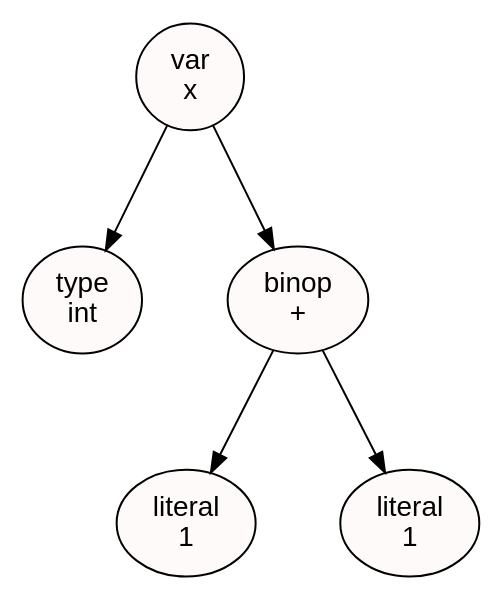
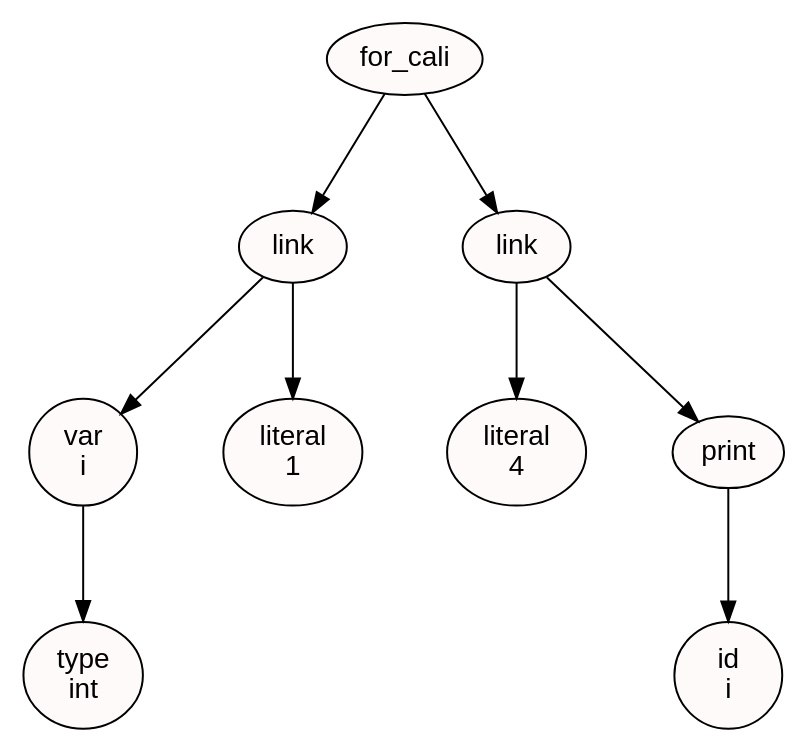
The diagram in ast.dot (Jeremy142OO4/OLC2_2S20205_202300644), drawn with Graphviz before and after one commit. The commit also changed 16 other files, not shown here.

```diff
--- a/ast.dot
+++ b/ast.dot
@@ -1,16 +1,24 @@
 digraph AST {
   rankdir=TB;
   nodesep=0.6;
   ranksep=0.8;
   node [shape=ellipse, style=filled, fillcolor=snow, fontcolor=black, color=black, fontname="Arial"];
   edge [color=black];
-  node0 [label="var\nx", shape=ellipse, style=filled, fillcolor=snow, color=black, fontcolor=black, fontname="Arial"];
-  node1 [label="type\nint", shape=ellipse, style=filled, fillcolor=snow, color=black, fontcolor=black, fontname="Arial"];
+  node0 [label="for_cali", shape=ellipse, style=filled, fillcolor=snow, color=black, fontcolor=black, fontname="Arial"];
+  node1 [label="link", shape=ellipse, style=filled, fillcolor=snow, color=black, fontcolor=black, fontname="Arial"];
+  node2 [label="var\ni", shape=ellipse, style=filled, fillcolor=snow, color=black, fontcolor=black, fontname="Arial"];
+  node3 [label="type\nint", shape=ellipse, style=filled, fillcolor=snow, color=black, fontcolor=black, fontname="Arial"];
+  node2 -> node3;
+  node1 -> node2;
+  node4 [label="literal\n1", shape=ellipse, style=filled, fillcolor=snow, color=black, fontcolor=black, fontname="Arial"];
+  node1 -> node4;
   node0 -> node1;
-  node2 [label="binop\n+", shape=ellipse, style=filled, fillcolor=snow, color=black, fontcolor=black, fontname="Arial"];
-  node3 [label="literal\n1", shape=ellipse, style=filled, fillcolor=snow, color=black, fontcolor=black, fontname="Arial"];
-  node2 -> node3;
-  node4 [label="literal\n1", shape=ellipse, style=filled, fillcolor=snow, color=black, fontcolor=black, fontname="Arial"];
-  node2 -> node4;
-  node0 -> node2;
+  node5 [label="link", shape=ellipse, style=filled, fillcolor=snow, color=black, fontcolor=black, fontname="Arial"];
+  node6 [label="literal\n4", shape=ellipse, style=filled, fillcolor=snow, color=black, fontcolor=black, fontname="Arial"];
+  node5 -> node6;
+  node7 [label="print", shape=ellipse, style=filled, fillcolor=snow, color=black, fontcolor=black, fontname="Arial"];
+  node8 [label="id\ni", shape=ellipse, style=filled, fillcolor=snow, color=black, fontcolor=black, fontname="Arial"];
+  node7 -> node8;
+  node5 -> node7;
+  node0 -> node5;
 }
```
